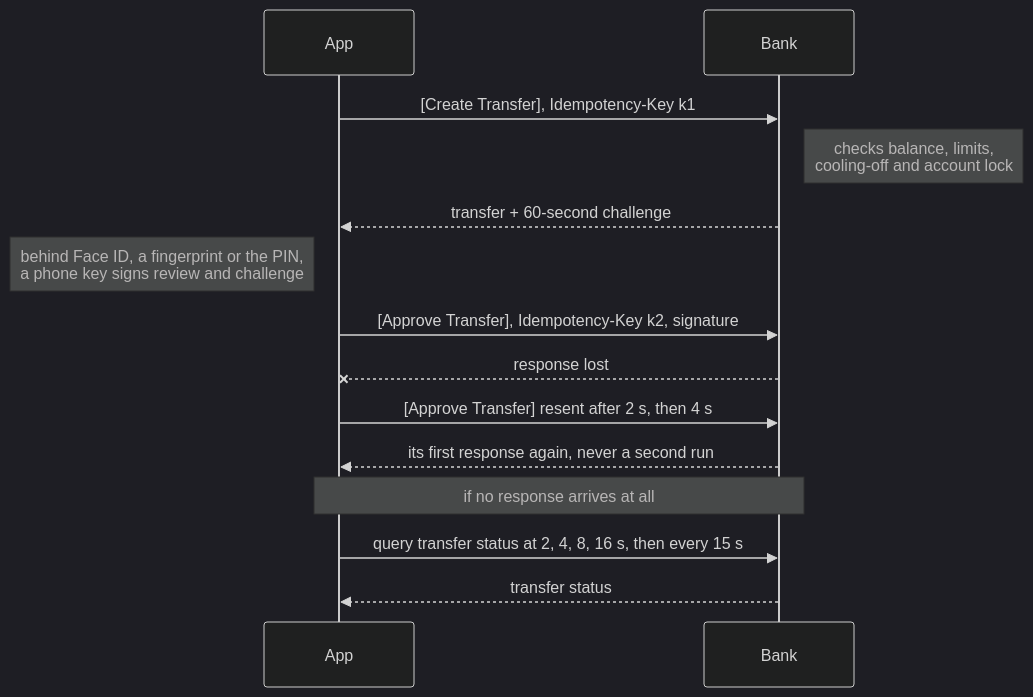
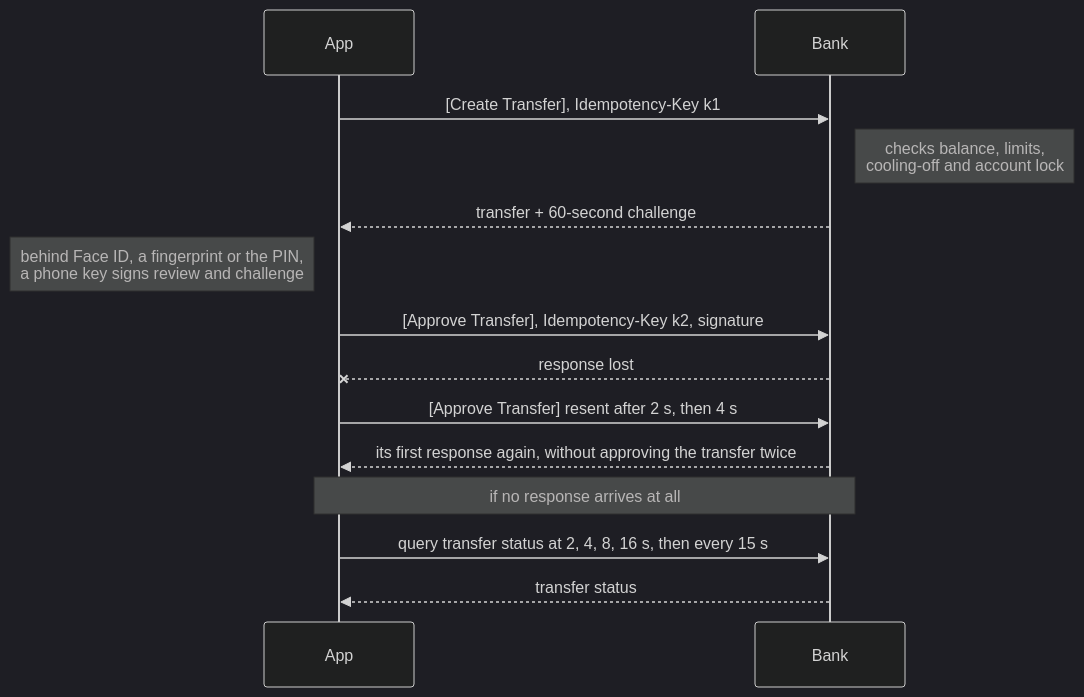
The first of 2 diagrams in docs/write-up.md (chiewwengkeat/ryt-transfer), drawn with Mermaid (dark theme) before and after one commit. The commit also changed other lines of this file, not shown here.

Commit message:
docs(write-up): name what a repeated key never does twice

````diff
--- a/docs/write-up.md
+++ b/docs/write-up.md
@@ -8,16 +8,16 @@
 ```mermaid
 sequenceDiagram
     participant App
     participant Bank
     App->>Bank: [Create Transfer], Idempotency-Key k1
     Note right of Bank: checks balance, limits,<br/>cooling-off and account lock
     Bank-->>App: transfer + 60-second challenge
     Note left of App: behind Face ID, a fingerprint or the PIN,<br/>a phone key signs review and challenge
     App->>Bank: [Approve Transfer], Idempotency-Key k2, signature
     Bank--xApp: response lost
     App->>Bank: [Approve Transfer] resent after 2 s, then 4 s
-    Bank-->>App: its first response again, never a second run
+    Bank-->>App: its first response again, without approving the transfer twice
     Note over App,Bank: if no response arrives at all
     App->>Bank: query transfer status at 2, 4, 8, 16 s, then every 15 s
     Bank-->>App: transfer status
 ```
````
